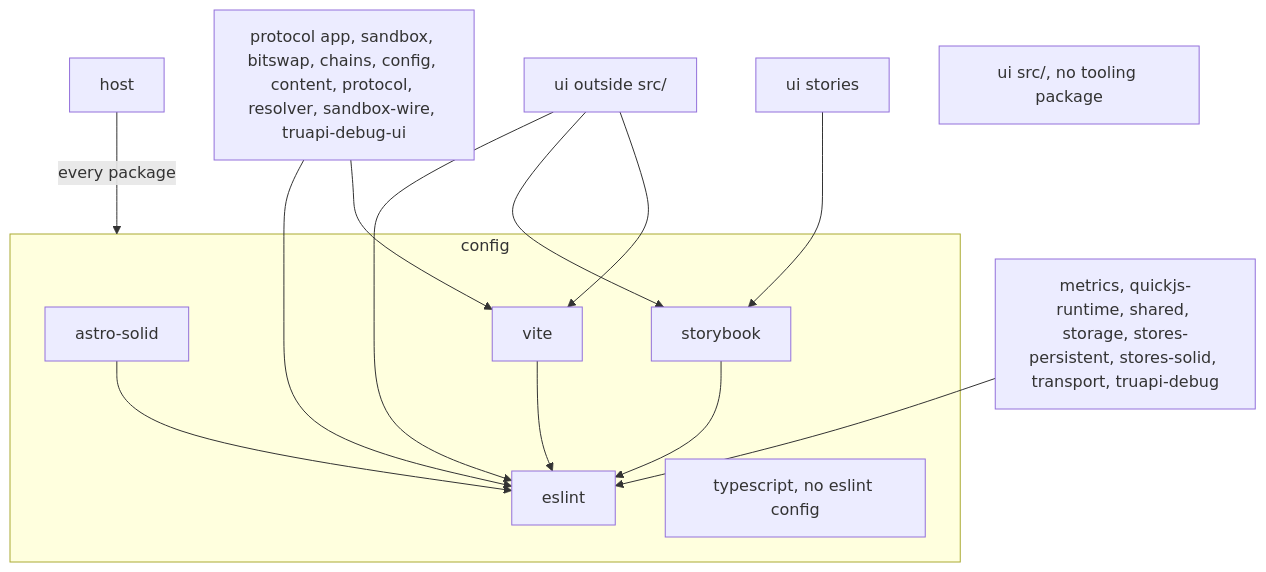
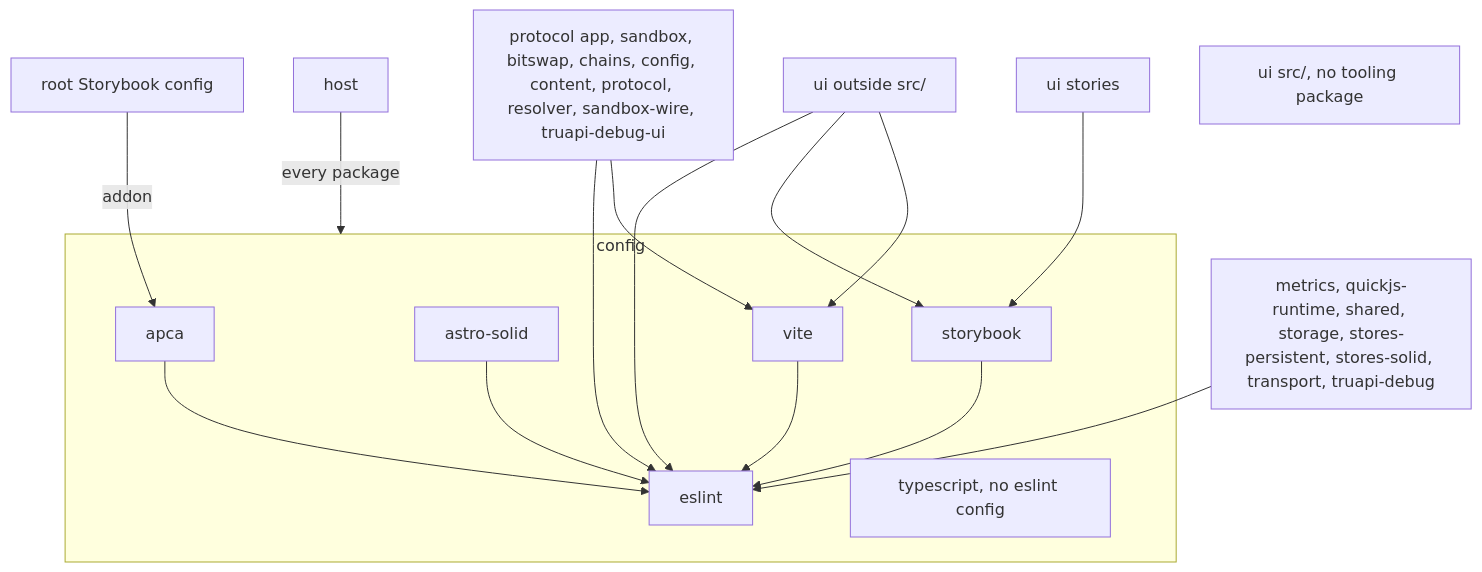
Before and after one commit to paritytech/dotli-community: the second of 2 diagrams in docs/code/placement.md, drawn with Mermaid. The commit also changed other lines of this file and 34 other files, not shown here.

Commit message:
feat(storybook): check text contrast with APCA instead of WCAG (#534)

````diff
--- a/docs/code/placement.md
+++ b/docs/code/placement.md
@@ -75,22 +75,25 @@
 ```mermaid
 flowchart TD
   host[host]
+  storybookConfig[root Storybook config]
   viteUsers["protocol app, sandbox, bitswap, chains, config, content, protocol, resolver, sandbox-wire, truapi-debug-ui"]
   eslintOnly["metrics, quickjs-runtime, shared, storage, stores-persistent, stores-solid, transport, truapi-debug"]
   uiRest["ui outside src/"]
   uiStories[ui stories]
   uiSrc["ui src/, no tooling package"]
   subgraph tooling [config]
+    apca[apca]
     astroSolid[astro-solid]
     eslint[eslint]
     storybook[storybook]
     typescript["typescript, no eslint config"]
     vite[vite]
   end
   host -->|every package| tooling
+  storybookConfig -->|addon| apca
   viteUsers --> eslint & vite
   eslintOnly --> eslint
   uiRest --> eslint & storybook & vite
   uiStories --> storybook
-  astroSolid & storybook & vite --> eslint
+  apca & astroSolid & storybook & vite --> eslint
 ```
````
